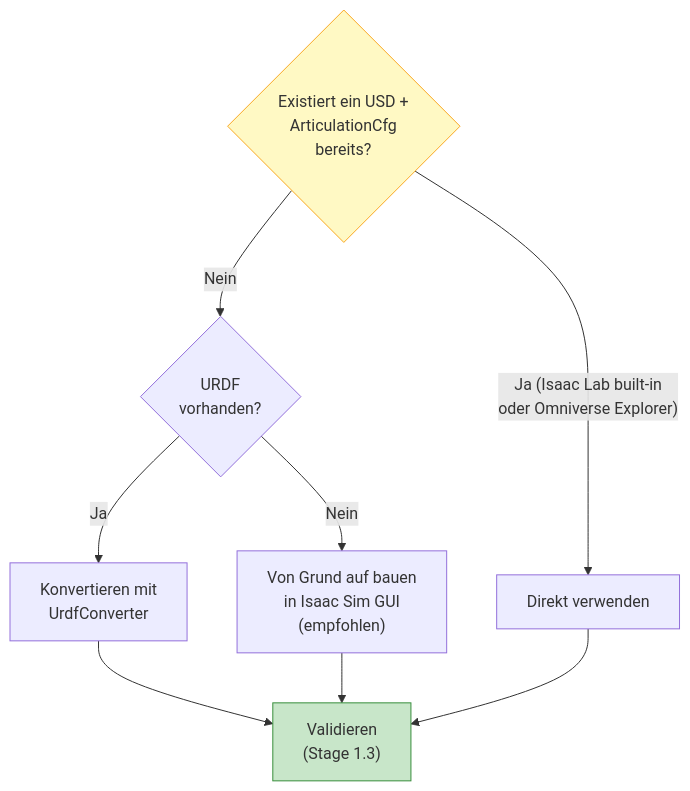
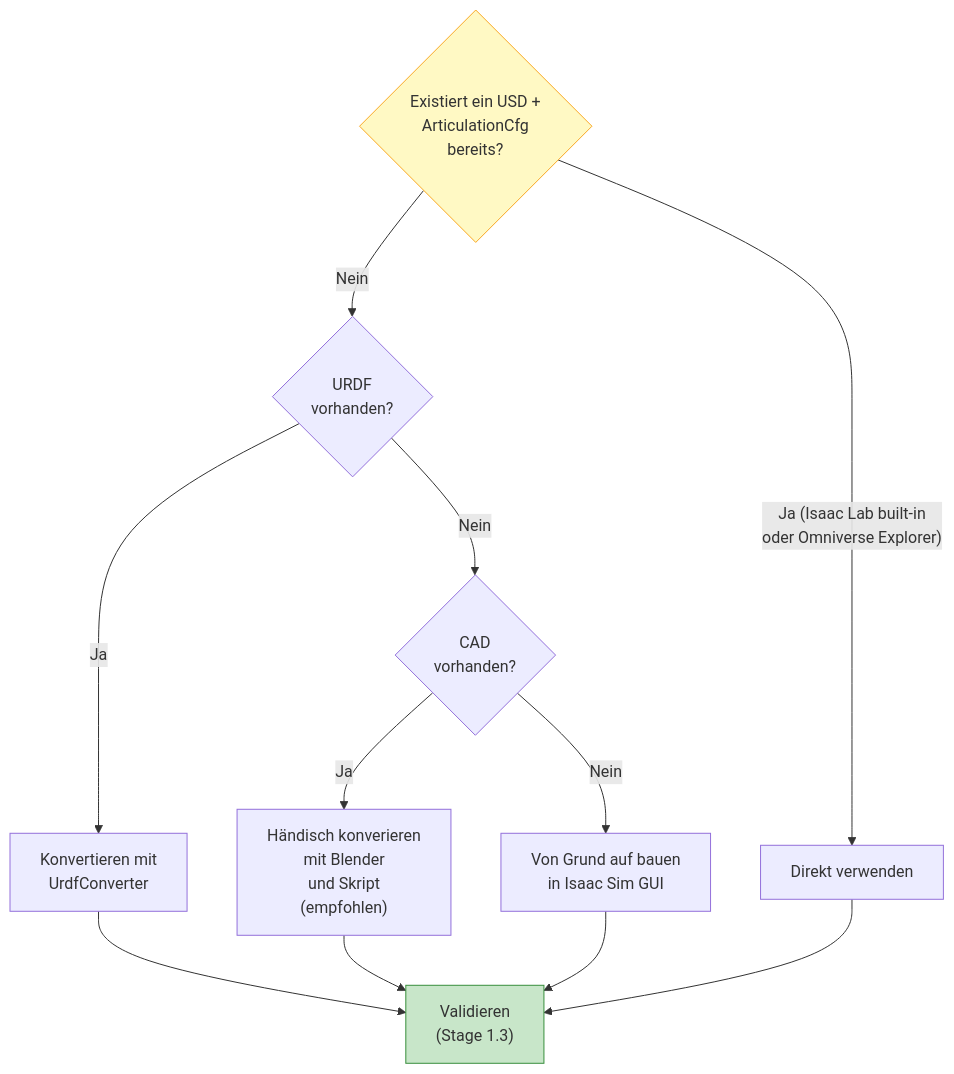
One commit to gMey00/tendonbot-sim-rl changed the second of 6 diagrams in doc/workflow_guide_de.md. Above: the diagram before and after it, drawn with Mermaid. The commit also changed other lines of this file and 1 other file, not shown here.

Commit message:
Update workflow guides for used cad to sim workflow

````diff
--- a/doc/workflow_guide_de.md
+++ b/doc/workflow_guide_de.md
@@ -82,14 +82,17 @@
 ```mermaid
 flowchart TD
     Q{"Existiert ein USD +<br/>ArticulationCfg<br/>bereits?"}
     Q -- "Ja (Isaac Lab built-in<br/>oder Omniverse Explorer)" --> U["Direkt verwenden"]
     Q -- "Nein" --> B{"URDF<br/>vorhanden?"}
     B -- "Ja" --> C["Konvertieren mit<br/>UrdfConverter"]
-    B -- "Nein" --> D["Von Grund auf bauen<br/>in Isaac Sim GUI<br/>(empfohlen)"]
+    B -- "Nein" --> B2{"CAD<br/>vorhanden?"} 
+    B2 -- "Ja" --> D1["Händisch konverieren<br/>mit Blender<br/>und Skript<br/>(empfohlen)"]
+    B2 -- "Nein" --> D2["Von Grund auf bauen<br/>in Isaac Sim GUI"]
     C --> V["Validieren<br/>(Stage 1.3)"]
-    D --> V
+    D1 --> V
+    D2 --> V
     U --> V
 
     style Q fill:#FFF9C4,stroke:#F9A825
     style V fill:#C8E6C9,stroke:#388E3C
 ```
````
